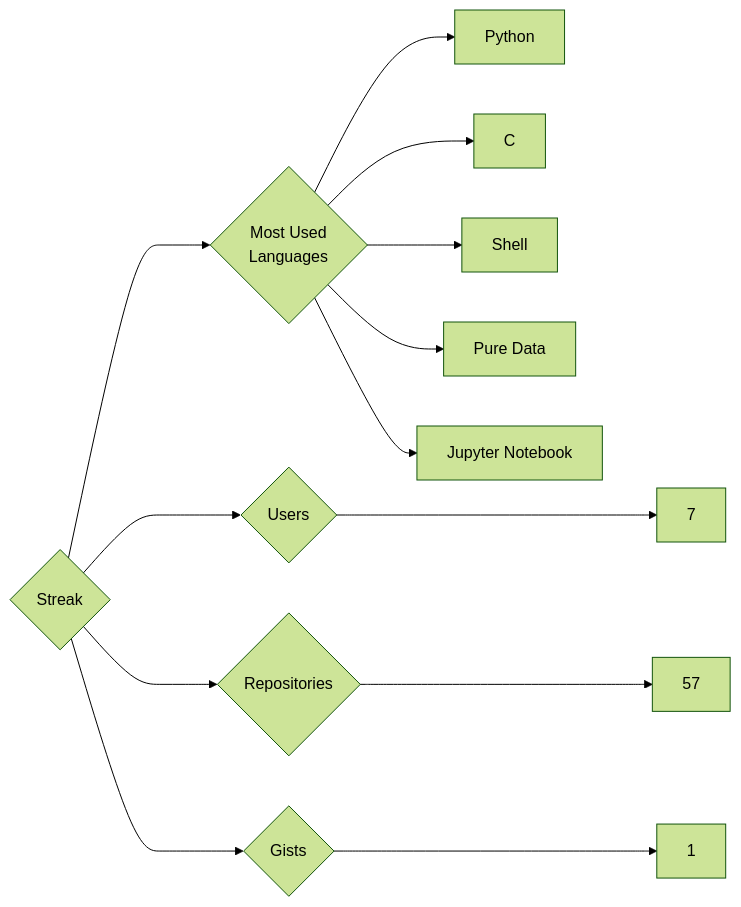
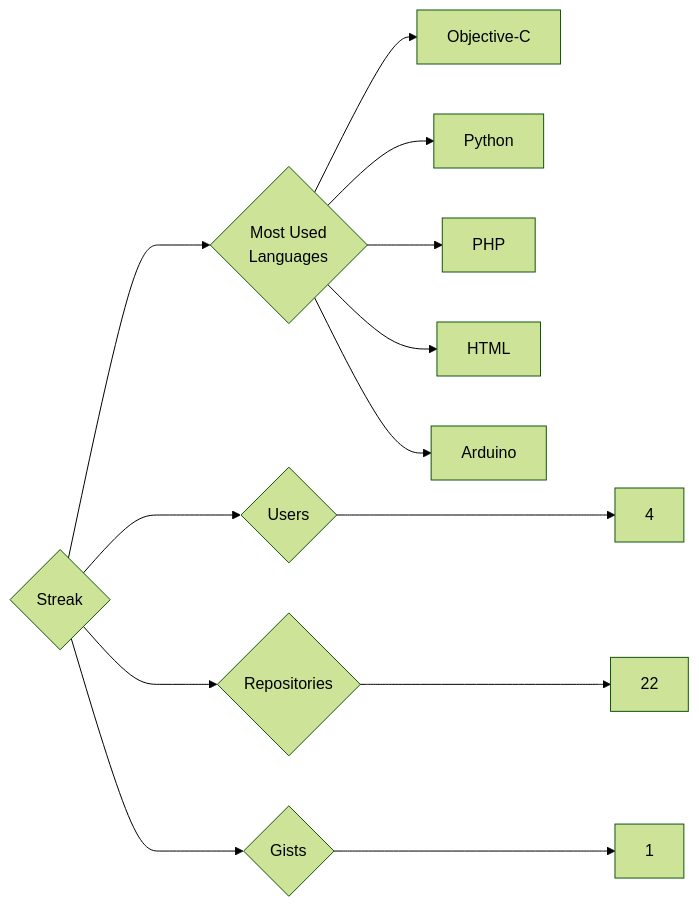
The diagram in targets/Streak/README.md (trickest/insiders), drawn with Mermaid (forest theme) before and after one commit. The commit also changed 895 other files, not shown here.

````diff
--- a/targets/Streak/README.md
+++ b/targets/Streak/README.md
@@ -3,13 +3,13 @@
 ```mermaid
 graph LR
 COMPANY_NAME{Streak}
-COMPANY_NAME ---> U{Users} ---> UN[7]
-COMPANY_NAME ---> R{Repositories} ---> RN[57]
+COMPANY_NAME ---> U{Users} ---> UN[4]
+COMPANY_NAME ---> R{Repositories} ---> RN[22]
 COMPANY_NAME ---> G{Gists} ---> GN[1]
 COMPANY_NAME ---> ML{Most Used<br>Languages}
+ML --> Objective-C[Objective-C]
 ML --> Python[Python]
-ML --> C[C]
-ML --> Shell[Shell]
-ML --> Pure_Data[Pure Data]
-ML --> Jupyter_Notebook[Jupyter Notebook]
+ML --> PHP[PHP]
+ML --> HTML[HTML]
+ML --> Arduino[Arduino]
 ```
````
